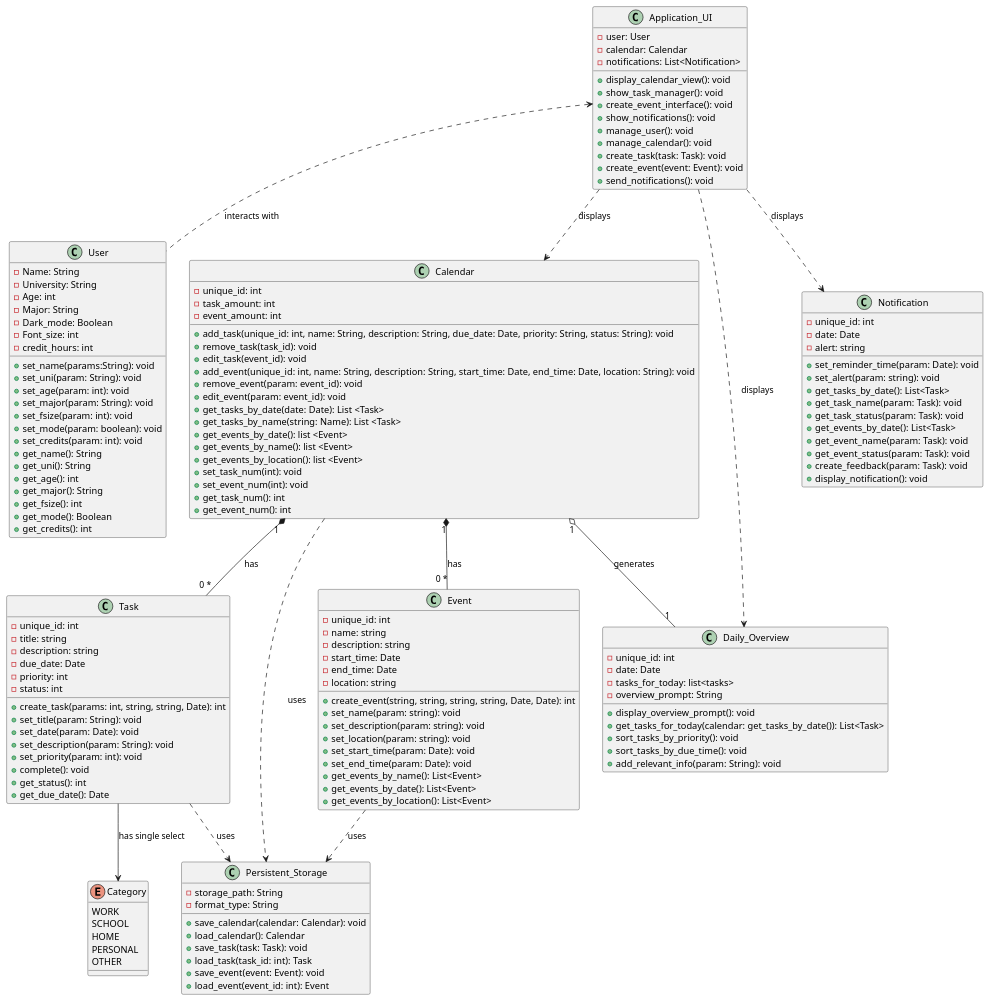
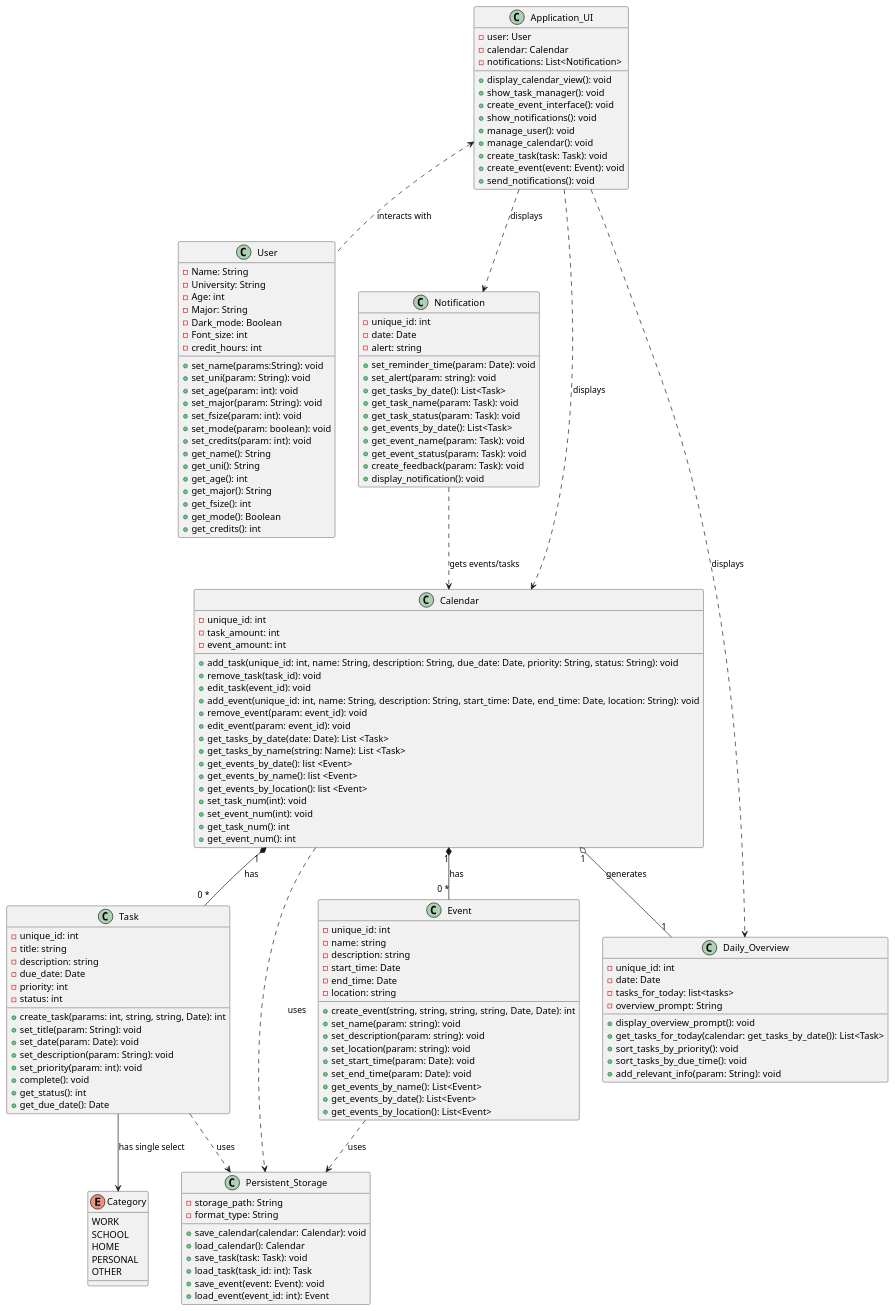
One commit to CS361-2024Fall-Term/Innovators changed the diagram in assignment6/Diagram.puml. Above: the diagram before and after it, drawn with PlantUML.

Commit message:
Update noti relationships

```diff
--- a/assignment6/Diagram.puml
+++ b/assignment6/Diagram.puml
@@ -1,162 +1,164 @@
 @startuml
 
 class User {
   -Name: String
   -University: String
   -Age: int
   -Major: String
   -Dark_mode: Boolean
   -Font_size: int
   -credit_hours: int
   +set_name(params:String): void
   +set_uni(param: String): void
   +set_age(param: int): void
   +set_major(param: String): void
   +set_fsize(param: int): void
   +set_mode(param: boolean): void
   +set_credits(param: int): void
   +get_name(): String
   +get_uni(): String
   +get_age(): int
   +get_major(): String
   +get_fsize(): int
   +get_mode(): Boolean
   +get_credits(): int
 }
 
 class Calendar {
   -unique_id: int  
   -task_amount: int
   -event_amount: int
   +add_task(unique_id: int, name: String, description: String, due_date: Date, priority: String, status: String): void
   +remove_task(task_id): void
   +edit_task(event_id): void
   +add_event(unique_id: int, name: String, description: String, start_time: Date, end_time: Date, location: String): void
   +remove_event(param: event_id): void
   +edit_event(param: event_id): void
   +get_tasks_by_date(date: Date): List <Task>
   +get_tasks_by_name(string: Name): List <Task>
   +get_events_by_date(): list <Event>
   +get_events_by_name(): list <Event>
   +get_events_by_location(): list <Event>
   +set_task_num(int): void
   +set_event_num(int): void
   +get_task_num(): int
   +get_event_num(): int
 }
 
 class Task {
   -unique_id: int
   -title: string
   -description: string
   -due_date: Date
   -priority: int
   -status: int
   +create_task(params: int, string, string, Date): int
   +set_title(param: String): void
   +set_date(param: Date): void
   +set_description(param: String): void
   +set_priority(param: int): void
   +complete(): void
   +get_status(): int
   +get_due_date(): Date
 }
 
 enum Category {
   WORK
   SCHOOL
   HOME
   PERSONAL
   OTHER
 }
 
 class Notification {
   -unique_id: int  
   -date: Date
   -alert: string
   
   +set_reminder_time(param: Date): void
   +set_alert(param: string): void
   +get_tasks_by_date(): List<Task>
   +get_task_name(param: Task): void
   +get_task_status(param: Task): void
   +get_events_by_date(): List<Task>
   +get_event_name(param: Task): void
   +get_event_status(param: Task): void
   +create_feedback(param: Task): void
   +display_notification(): void
 }
 
 class Event {
   -unique_id: int  
   -name: string
   -description: string
   -start_time: Date
   -end_time: Date
   -location: string
   +create_event(string, string, string, string, Date, Date): int
   +set_name(param: string): void
   +set_description(param: string): void
   +set_location(param: string): void
   +set_start_time(param: Date): void
   +set_end_time(param: Date): void
   +get_events_by_name(): List<Event>
   +get_events_by_date(): List<Event>
   +get_events_by_location(): List<Event>
 }
 
 class Daily_Overview {
     -unique_id: int
     -date: Date
     -tasks_for_today: list<tasks>
     -overview_prompt: String
 
     +display_overview_prompt(): void
     +get_tasks_for_today(calendar: get_tasks_by_date()): List<Task>
     +sort_tasks_by_priority(): void
     +sort_tasks_by_due_time(): void
     +add_relevant_info(param: String): void
 }
 
 class Application_UI {
   -user: User
   -calendar: Calendar
   -notifications: List<Notification>
   +display_calendar_view(): void
   +show_task_manager(): void
   +create_event_interface(): void
   +show_notifications(): void
   +manage_user(): void
   +manage_calendar(): void
   +create_task(task: Task): void
   +create_event(event: Event): void
   +send_notifications(): void
 }
 
 class Persistent_Storage {
   -storage_path: String
   -format_type: String
   +save_calendar(calendar: Calendar): void
   +load_calendar(): Calendar
   +save_task(task: Task): void
   +load_task(task_id: int): Task
   +save_event(event: Event): void
   +load_event(event_id: int): Event
 }
 
 Application_UI ..> Calendar : "displays"
 Application_UI ..> Notification : "displays"
 Application_UI ..> Daily_Overview : "displays"
 Application_UI <.. User : "interacts with"
 
 Calendar "1" *-- "0 *" Task : "has"
 Calendar "1" *-- "0 *" Event : "has"
 Calendar "1" o-- "1" Daily_Overview : "generates"
 Calendar ..> Persistent_Storage : "uses"
 
 Task --> Category : "has single select"
 Task ..> Persistent_Storage : "uses"
 
 Event ..> Persistent_Storage : "uses"
 
+Notification ..> Calendar : "gets events/tasks"
+
 @enduml
```
